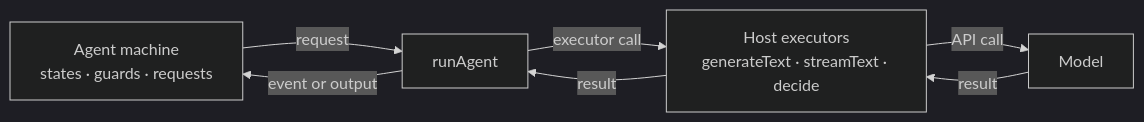
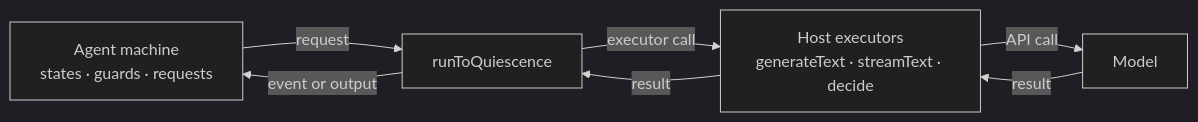
Before and after one commit to statelyai/agent: the diagram in readme.md, drawn with Mermaid (dark theme). The commit also changed other lines of this file and 36 other files, not shown here.

````diff
--- a/readme.md
+++ b/readme.md
@@ -152,9 +158,9 @@
 ```mermaid
 flowchart LR
-  M["Agent machine<br/>states · guards · requests"] -->|request| R["runAgent"]
+  M["Agent machine<br/>states · guards · requests"] -->|request| R["runToQuiescence"]
   R -->|executor call| E["Host executors<br/>generateText · streamText · decide"]
   E -->|API call| L["Model"]
   L -->|result| E
   E -->|result| R
   R -->|event or output| M
 ```
````
